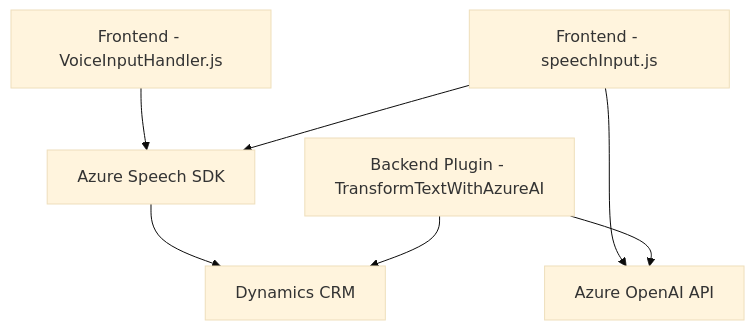
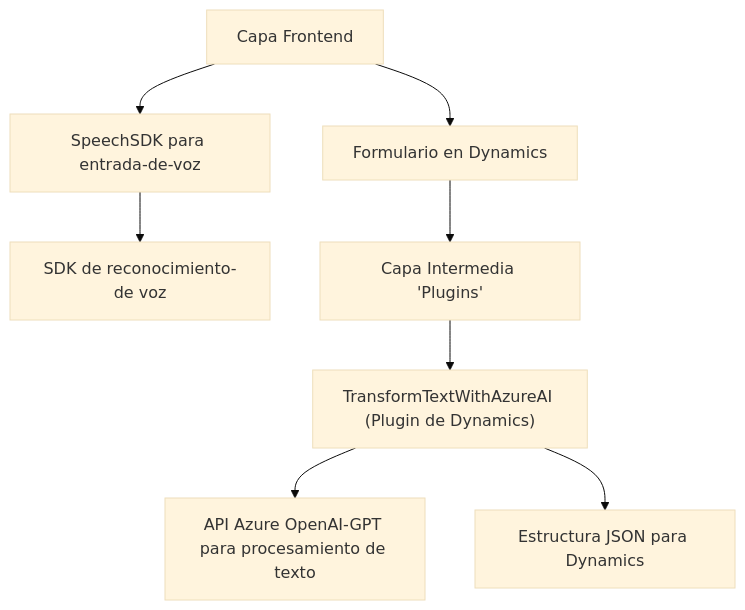
The diagram in README.md (blopezdm/NETCORE_BILBAO2025), drawn with Mermaid (base theme) before and after one commit. The commit also changed other lines of this file, not shown here.

````diff
--- a/README.md
+++ b/README.md
@@ -37,16 +34,10 @@
 ```mermaid
 graph TD
-    A["Frontend - VoiceInputHandler.js"]
-    B["Frontend - speechInput.js"]
-    C["Azure Speech SDK"]
-    D["Azure OpenAI API"]
-    E["Dynamics CRM"]
-    F["Backend Plugin - TransformTextWithAzureAI"]
-    
-    A --> C
-    B --> C
-    C --> E
-    B --> D
-    F --> D
-    F --> E
+    A["Capa Frontend"] --> B["Formulario en Dynamics"]
+    A["Capa Frontend"] --> C["SpeechSDK para entrada-de-voz"]
+    C --> D["SDK de reconocimiento-de voz"]
+    B --> E["Capa Intermedia 'Plugins'"]
+    E --> F["TransformTextWithAzureAI (Plugin de Dynamics)"]
+    F --> G["API Azure OpenAI-GPT para procesamiento de texto"]
+    F --> H["Estructura JSON para Dynamics"]
 ```
````
